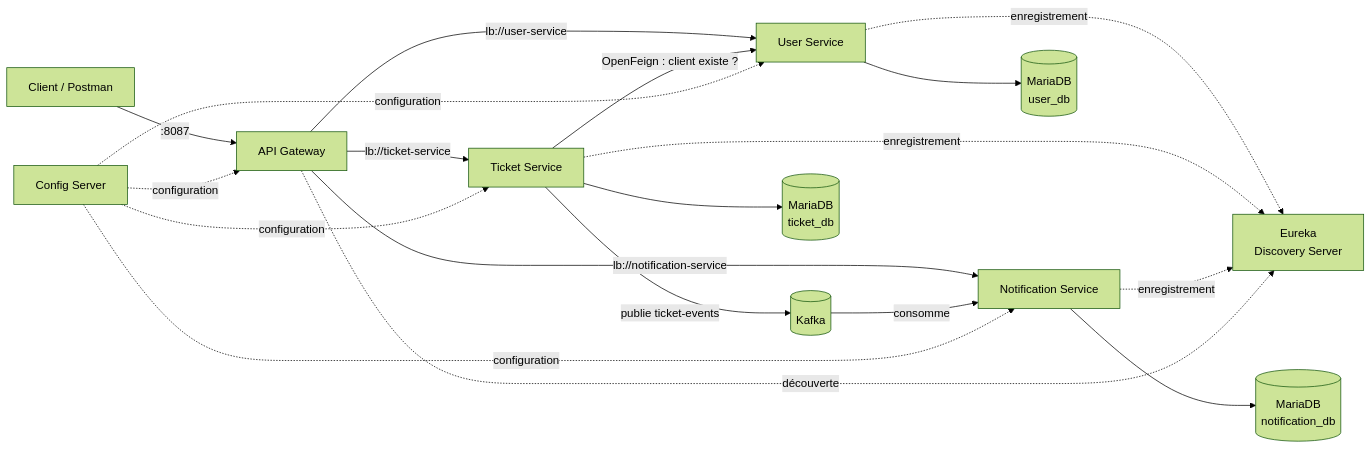
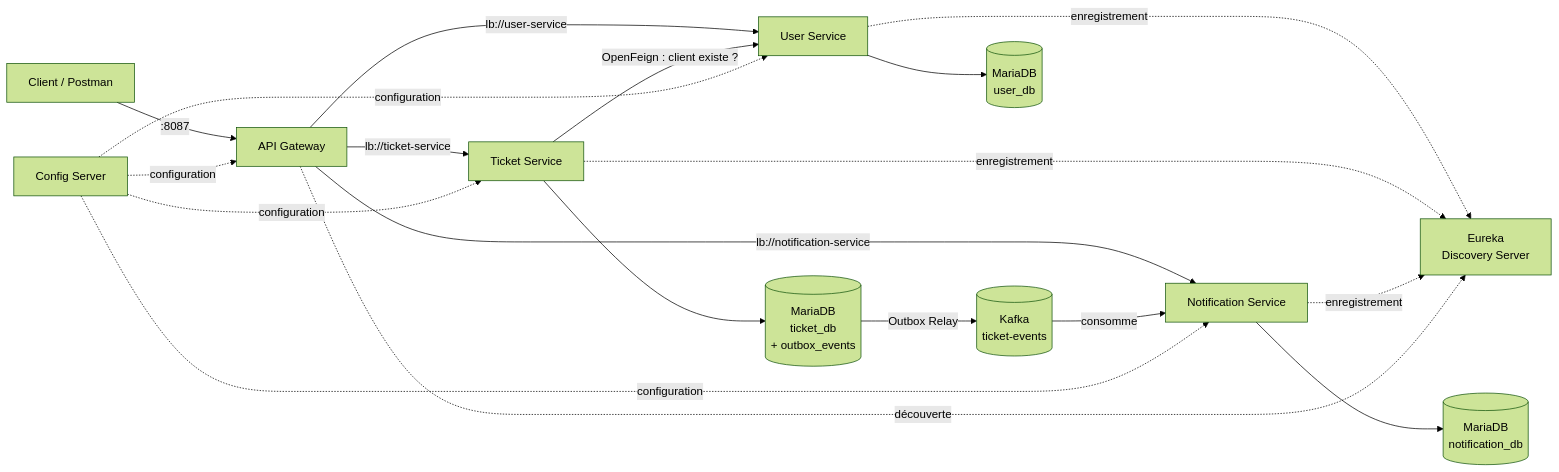
Before and after one commit to anasxaz/ticketflow: the first of 2 diagrams in README.md, drawn with Mermaid (forest theme). The commit also changed other lines of this file, not shown here.

````diff
--- a/README.md
+++ b/README.md
@@ -13,27 +13,27 @@
 ```mermaid
 flowchart LR
     C[Client / Postman] -->|:8087| GW[API Gateway]
 
     GW -->|lb://user-service| US[User Service]
     GW -->|lb://ticket-service| TS[Ticket Service]
     GW -->|lb://notification-service| NS[Notification Service]
 
     TS -->|OpenFeign : client existe ?| US
-    TS -->|publie ticket-events| K[(Kafka)]
+    TS --> TDB[(MariaDB<br/>ticket_db<br/>+ outbox_events)]
+    TDB -->|Outbox Relay| K[(Kafka<br/>ticket-events)]
     K -->|consomme| NS
 
     US --> UDB[(MariaDB<br/>user_db)]
-    TS --> TDB[(MariaDB<br/>ticket_db)]
     NS --> NDB[(MariaDB<br/>notification_db)]
 
     CS[Config Server] -. configuration .-> US
     CS -. configuration .-> TS
     CS -. configuration .-> NS
     CS -. configuration .-> GW
 
     EU[Eureka<br/>Discovery Server]
     US -. enregistrement .-> EU
     TS -. enregistrement .-> EU
     NS -. enregistrement .-> EU
     GW -. découverte .-> EU
 ```
````
